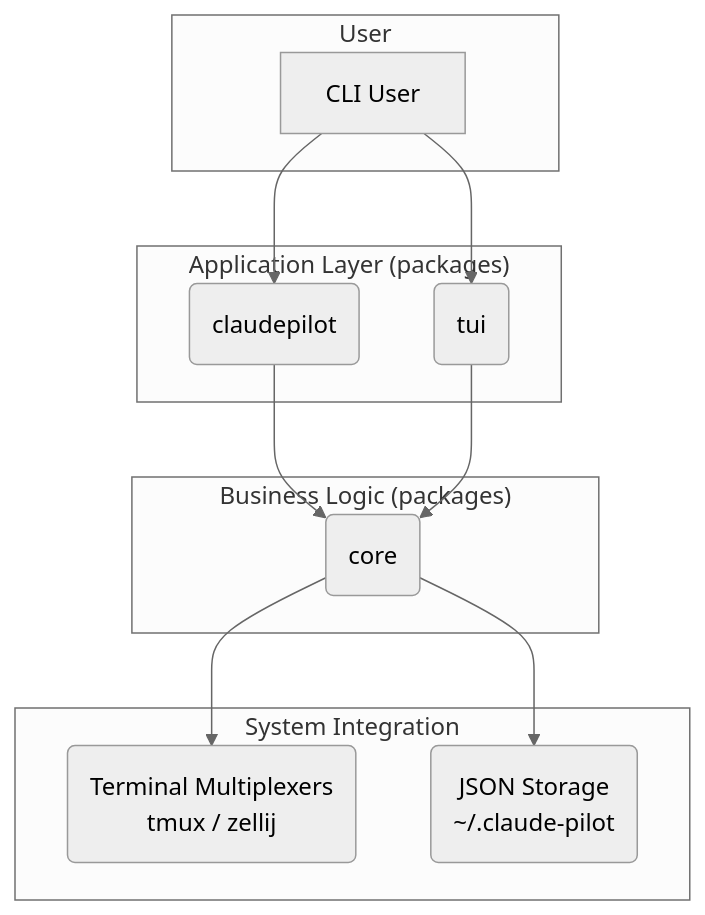
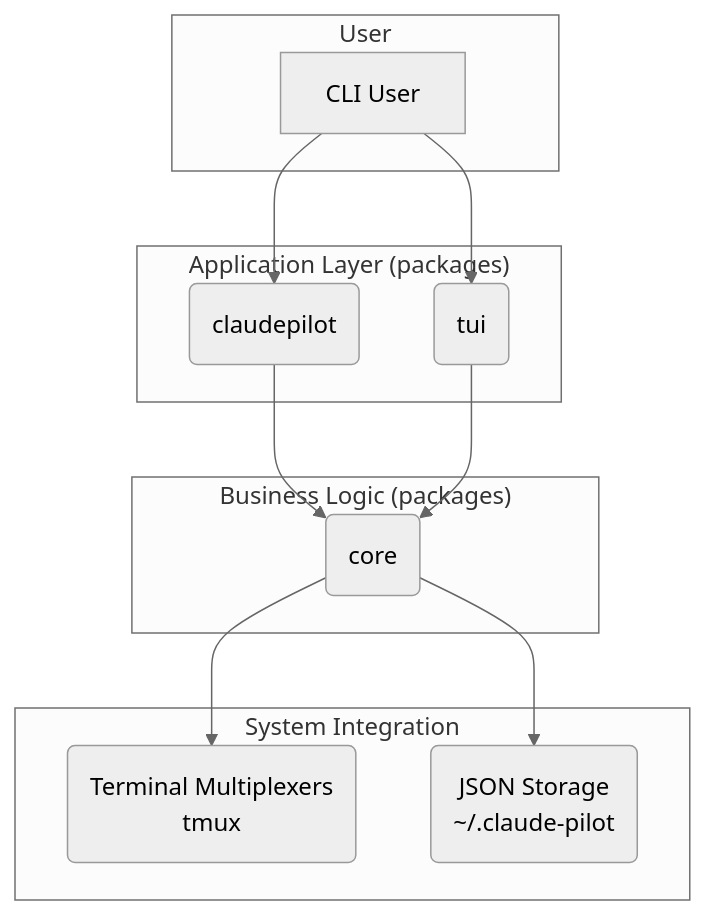
The diagram in README.md (HexSleeves/claude-pilot), drawn with Mermaid (neutral theme) before and after one commit. The commit also changed other lines of this file and 54 other files, not shown here.

````diff
--- a/README.md
+++ b/README.md
@@ -156,27 +155,27 @@
 ```mermaid
 graph TD
     subgraph User
         A[CLI User]
     end
 
     subgraph "Application Layer (packages)"
         B(claudepilot)
         C(tui)
     end
 
     subgraph "Business Logic (packages)"
         D(core)
     end
 
     subgraph "System Integration"
-        E(Terminal Multiplexers <br> tmux / zellij)
+        E(Terminal Multiplexers <br> tmux)
         F(JSON Storage <br> ~/.claude-pilot)
     end
 
     A --> B & C
 
     B --> D
     C --> D
 
     D --> E & F
 ```
````
